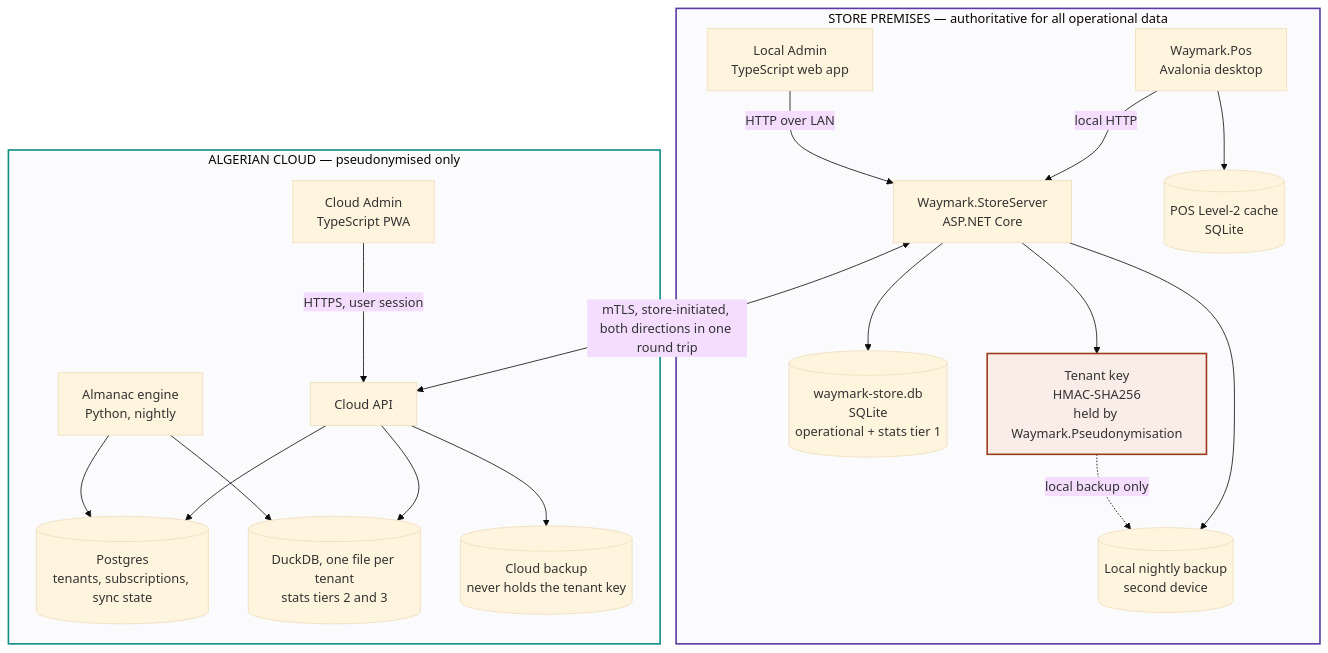
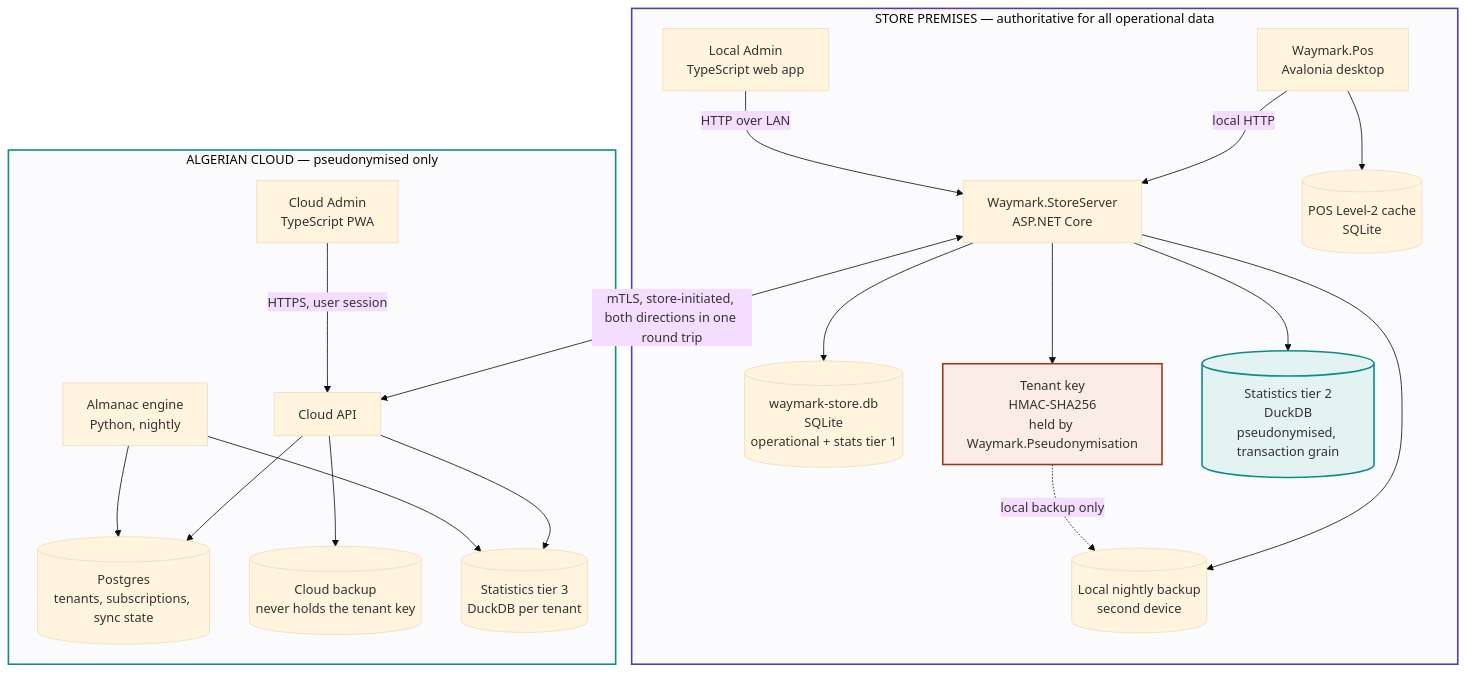
One commit to RAHAI-HAKIM/Waymark changed the diagram in docs/diagrams/02-container.md. Above: the diagram before and after it, drawn with Mermaid (base theme). The commit also changed 23 other files, not shown here.

````diff
--- a/docs/diagrams/02-container.md
+++ b/docs/diagrams/02-container.md
@@ -6,42 +6,45 @@
 ```mermaid
 flowchart TB
     subgraph premises["STORE PREMISES — authoritative for all operational data"]
         pos["Waymark.Pos<br/>Avalonia desktop"]
         server["Waymark.StoreServer<br/>ASP.NET Core"]
         localadmin["Local Admin<br/>TypeScript web app"]
         storedb[("waymark-store.db<br/>SQLite<br/>operational + stats tier 1")]
         tenantkey["Tenant key<br/>HMAC-SHA256<br/>held by Waymark.Pseudonymisation"]
+        tier2[("Statistics tier 2<br/>DuckDB<br/>pseudonymised, transaction grain")]
         poscache[("POS Level-2 cache<br/>SQLite")]
         backup[("Local nightly backup<br/>second device")]
     end
 
     subgraph algeria["ALGERIAN CLOUD — pseudonymised only"]
         api["Cloud API"]
         engine["Almanac engine<br/>Python, nightly"]
         postgres[("Postgres<br/>tenants, subscriptions, sync state")]
-        duckdb[("DuckDB, one file per tenant<br/>stats tiers 2 and 3")]
         cloudadmin["Cloud Admin<br/>TypeScript PWA"]
         cloudbackup[("Cloud backup<br/>never holds the tenant key")]
+        tier3[("Statistics tier 3<br/>DuckDB per tenant")]
     end
 
     pos -->|"local HTTP"| server
     pos --> poscache
     localadmin -->|"HTTP over LAN"| server
     server --> storedb
+    server --> tier2
     server --> tenantkey
     server --> backup
     tenantkey -.->|"local backup only"| backup
 
     server <-->|"mTLS, store-initiated, both directions in one round trip"| api
 
     api --> postgres
-    api --> duckdb
-    engine --> duckdb
+    api --> tier3
+    engine --> tier3
     engine --> postgres
     cloudadmin -->|"HTTPS, user session"| api
     api --> cloudbackup
 
     style premises fill:#FBFAFC,stroke:#5A3AA8,stroke-width:2px
     style algeria fill:#FBFAFC,stroke:#0E8C86,stroke-width:2px
+    style tier2 fill:#E3F3F1,stroke:#0E8C86,stroke-width:2px
     style tenantkey fill:#FAECE7,stroke:#993C1D,stroke-width:2px
 ```
````
